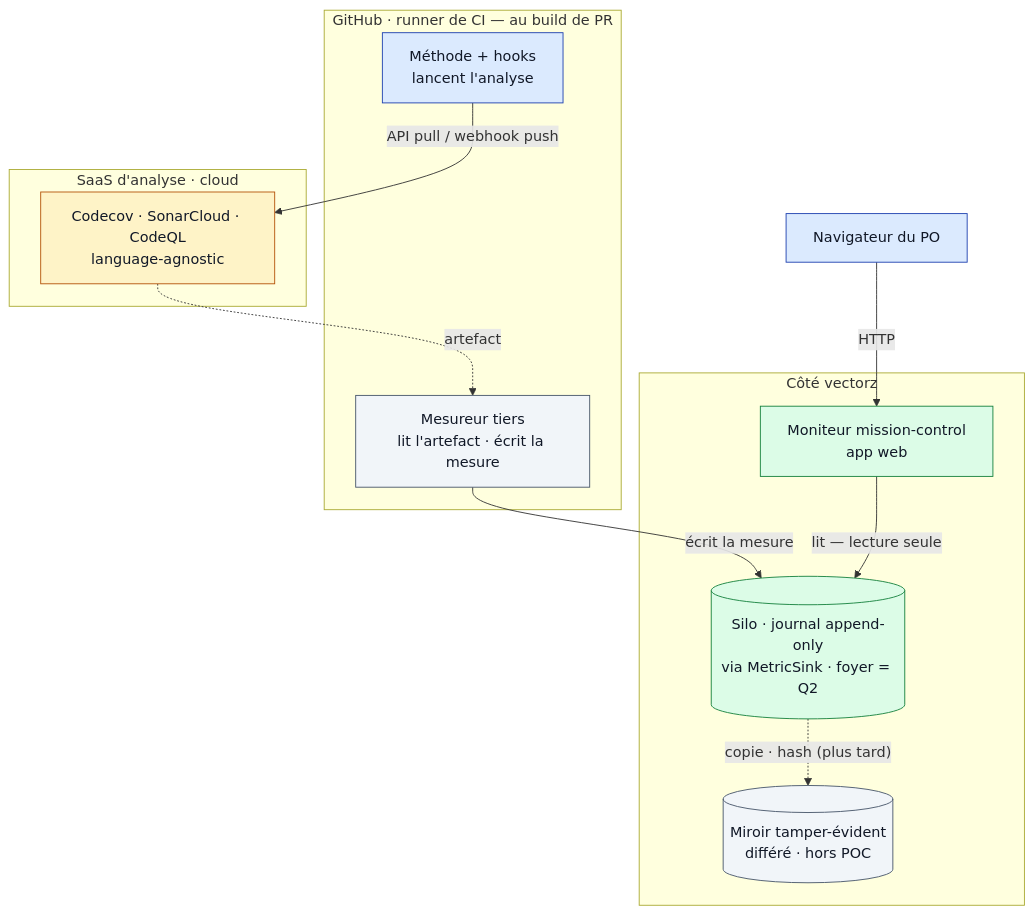
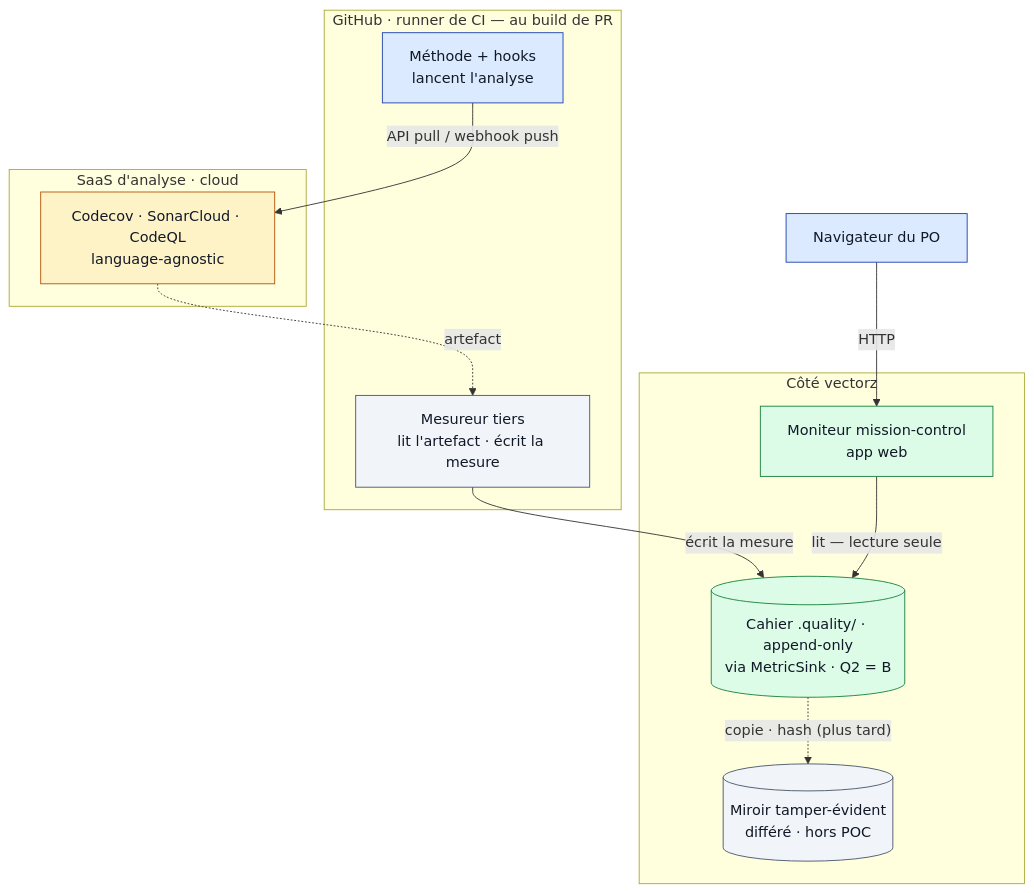
One commit to elzinko/vectorz changed the diagram in diagrams/qualite-deploiement/diagram.mmd. Above: the diagram before and after it, drawn with Mermaid. The commit also changed 6 other files, not shown here.

First line of the commit message:
docs(qualite): Q2 tranché (silo .quality/, option B) + groom 0052

```diff
--- a/diagrams/qualite-deploiement/diagram.mmd
+++ b/diagrams/qualite-deploiement/diagram.mmd
@@ -1,33 +1,33 @@
 flowchart TD
     classDef exec fill:#dbeafe,stroke:#1e40af,color:#111827;
     classDef cloud fill:#fef3c7,stroke:#b45309,color:#111827;
     classDef vectorz fill:#dcfce7,stroke:#15803d,color:#111827;
     classDef neutre fill:#f1f5f9,stroke:#475569,color:#111827;
 
     subgraph CI[GitHub · runner de CI — au build de PR]
         MH["Méthode + hooks<br/>lancent l'analyse"]
         TR["Mesureur tiers<br/>lit l'artefact · écrit la mesure"]
     end
     subgraph CLOUD[SaaS d'analyse · cloud]
         T["Codecov · SonarCloud · CodeQL<br/>language-agnostic"]
     end
     subgraph VZ[Côté vectorz]
-        S[("Silo · journal append-only<br/>via MetricSink · foyer = Q2")]
+        S[("Cahier .quality/ · append-only<br/>via MetricSink · Q2 = B")]
         MIR[("Miroir tamper-évident<br/>différé · hors POC")]
         WEB["Moniteur mission-control<br/>app web"]
     end
     B["Navigateur du PO"]
 
     MH -->|"API pull / webhook push"| T
     T -.->|artefact| TR
     TR -->|écrit la mesure| S
     S -.->|"copie · hash (plus tard)"| MIR
     WEB -->|"lit — lecture seule"| S
     B -->|HTTP| WEB
 
     class MH exec;
     class TR neutre;
     class T cloud;
     class S,WEB vectorz;
     class MIR neutre;
     class B exec;
```
